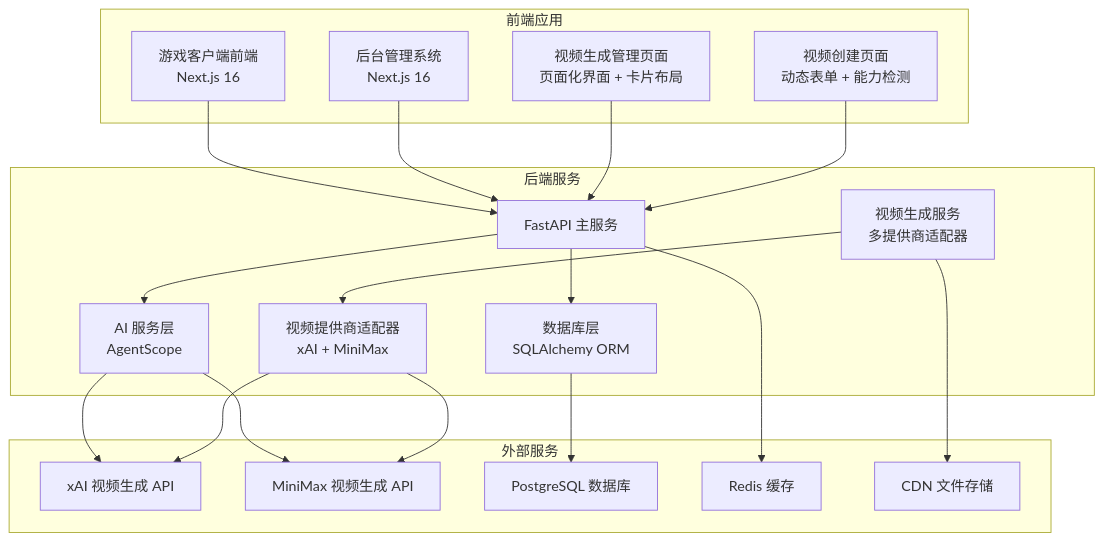
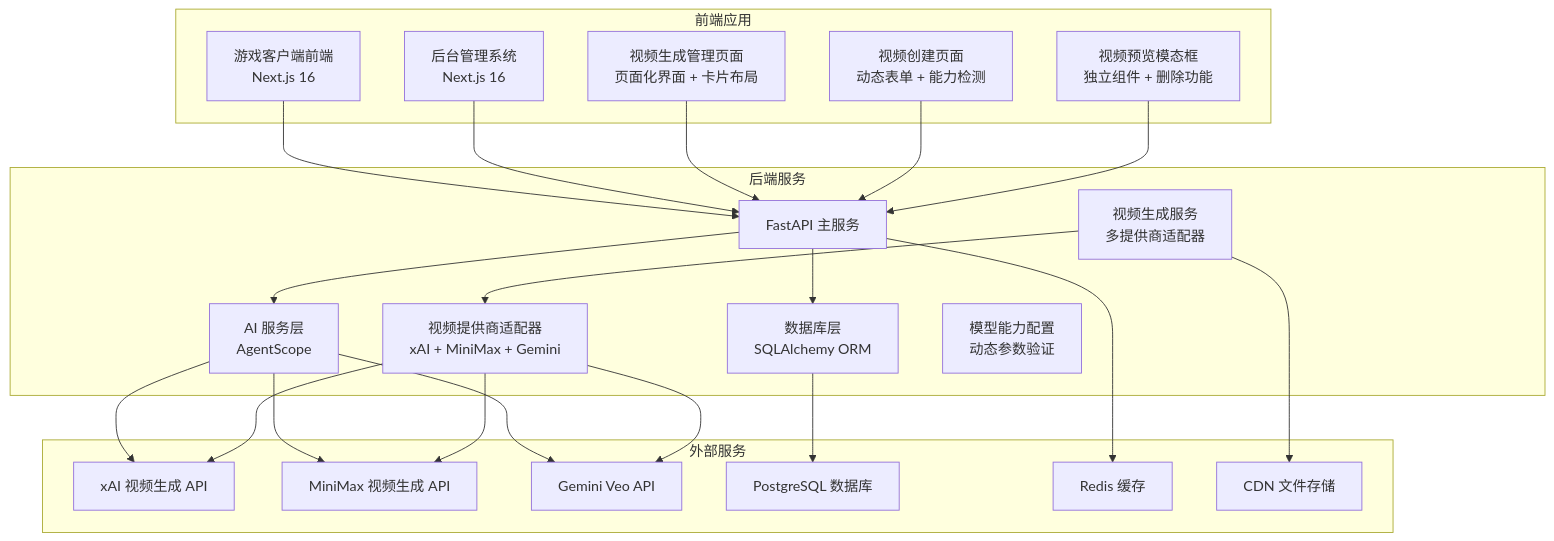
Before and after one commit to KunLabAI/KunFlix: the first of 18 diagrams in .qoder/repowiki/zh/content/后端开发指南/视频生成系统.md, drawn with Mermaid. The commit also changed other lines of this file and 11 other files, not shown here.

````diff
--- a/.qoder/repowiki/zh/content/后端开发指南/视频生成系统.md
+++ b/.qoder/repowiki/zh/content/后端开发指南/视频生成系统.md
@@ -72,37 +75,43 @@
 ```mermaid
 graph TB
 subgraph "前端应用"
 FE1[游戏客户端前端<br/>Next.js 16]
 FE2[后台管理系统<br/>Next.js 16]
 FE3[视频生成管理页面<br/>页面化界面 + 卡片布局]
 FE4[视频创建页面<br/>动态表单 + 能力检测]
+FE5[视频预览模态框<br/>独立组件 + 删除功能]
 end
 subgraph "后端服务"
 BE1[FastAPI 主服务]
 BE2[数据库层<br/>SQLAlchemy ORM]
 BE3[AI 服务层<br/>AgentScope]
 BE4[视频生成服务<br/>多提供商适配器]
-BE5[视频提供商适配器<br/>xAI + MiniMax]
+BE5[视频提供商适配器<br/>xAI + MiniMax + Gemini]
+BE6[模型能力配置<br/>动态参数验证]
 end
 subgraph "外部服务"
 ES1[xAI 视频生成 API]
 ES2[MiniMax 视频生成 API]
-ES3[PostgreSQL 数据库]
-ES4[Redis 缓存]
-ES5[CDN 文件存储]
+ES3[Gemini Veo API]
+ES4[PostgreSQL 数据库]
+ES5[Redis 缓存]
+ES6[CDN 文件存储]
 end
 FE1 --> BE1
 FE2 --> BE1
 FE3 --> BE1
 FE4 --> BE1
+FE5 --> BE1
 BE1 --> BE2
 BE1 --> BE3
 BE3 --> ES1
 BE3 --> ES2
+BE3 --> ES3
 BE4 --> BE5
 BE5 --> ES1
 BE5 --> ES2
-BE2 --> ES3
-BE1 --> ES4
-BE4 --> ES5
+BE5 --> ES3
+BE2 --> ES4
+BE1 --> ES5
+BE4 --> ES6
 ```
````
